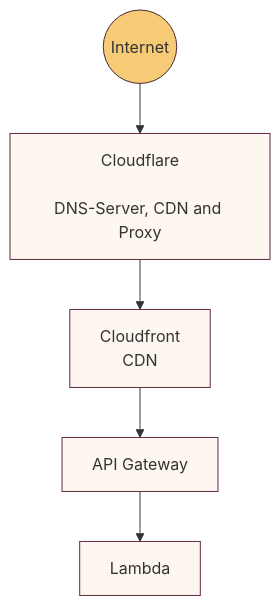
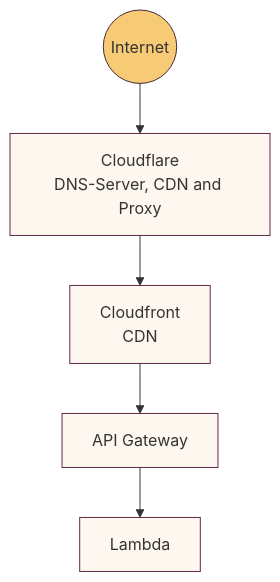
One commit to sebastian-software/wolke changed the diagram in docs/diagrams/components.mmd. Above: the diagram before and after it, drawn with Mermaid.

```diff
--- a/docs/diagrams/components.mmd
+++ b/docs/diagrams/components.mmd
@@ -1,18 +1,18 @@
 graph TD;
 
     internet((Internet))
-    cloudflare[<center>Cloudflare</center><br />DNS-Server, CDN and Proxy]
+    cloudflare[<center>Cloudflare</center>DNS-Server, CDN and Proxy]
     cloudfront[Cloudfront<center>CDN</center>]
     api[API Gateway]
     lambda[Lambda]
 
     internet --> cloudflare
     cloudflare --> cloudfront
     cloudfront --> api
     api --> lambda
 
     classDef light fill:#fef7f0,stroke:#612943;
     classDef bold fill:#f7cb76,stroke:#482935;
 
     class internet bold
     class cloudflare,cloudfront,api,lambda light
```
